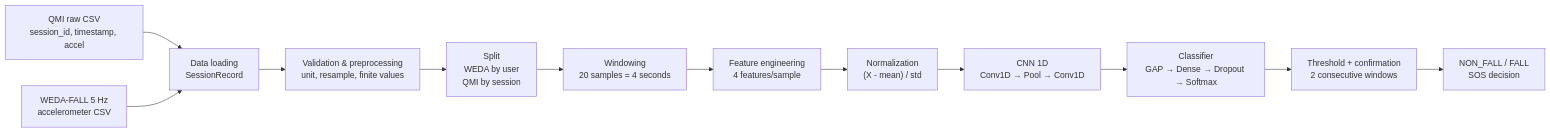
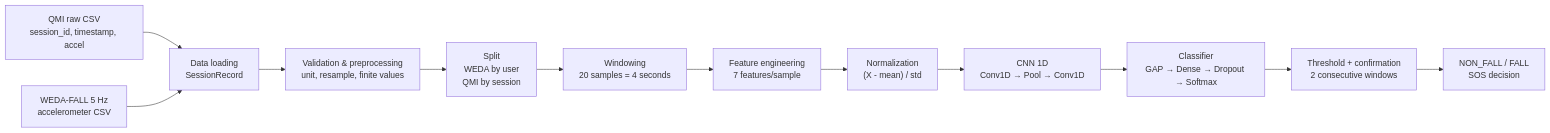
The first of 2 diagrams in README.md (VinhShindo/safewatch-fall-detector-edge-ai), drawn with Mermaid before and after one commit. The commit also changed other lines of this file and 22 other files, not shown here.

````diff
--- a/README.md
+++ b/README.md
@@ -91,19 +75,19 @@
 ```mermaid
 flowchart LR
     QMI["QMI raw CSV<br/>session_id, timestamp, accel"]
     WEDA["WEDA-FALL 5 Hz<br/>accelerometer CSV"]
     LOAD["Data loading<br/>SessionRecord"]
     CLEAN["Validation & preprocessing<br/>unit, resample, finite values"]
     SPLIT["Split<br/>WEDA by user<br/>QMI by session"]
     WINDOW["Windowing<br/>20 samples = 4 seconds"]
-    FEATURES["Feature engineering<br/>4 features/sample"]
+      FEATURES["Feature engineering<br/>7 features/sample"]
     NORM["Normalization<br/>(X - mean) / std"]
     CNN["CNN 1D<br/>Conv1D → Pool → Conv1D"]
     HEAD["Classifier<br/>GAP → Dense → Dropout → Softmax"]
     DECISION["Threshold + confirmation<br/>2 consecutive windows"]
     RESULT["NON_FALL / FALL<br/>SOS decision"]
 
     QMI --> LOAD
     WEDA --> LOAD
     LOAD --> CLEAN --> SPLIT --> WINDOW --> FEATURES --> NORM --> CNN --> HEAD --> DECISION --> RESULT
 ```
````
